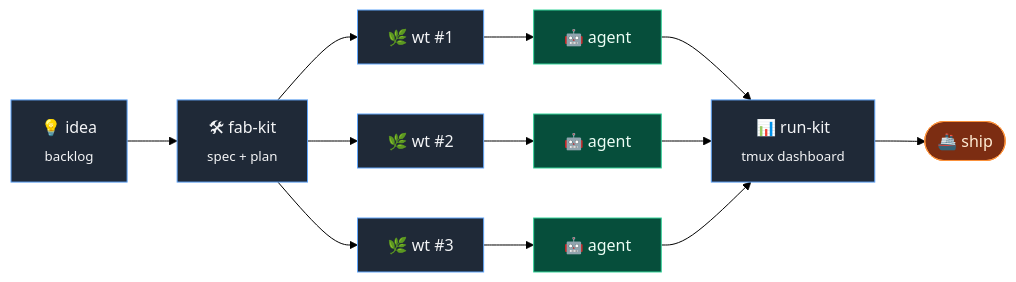
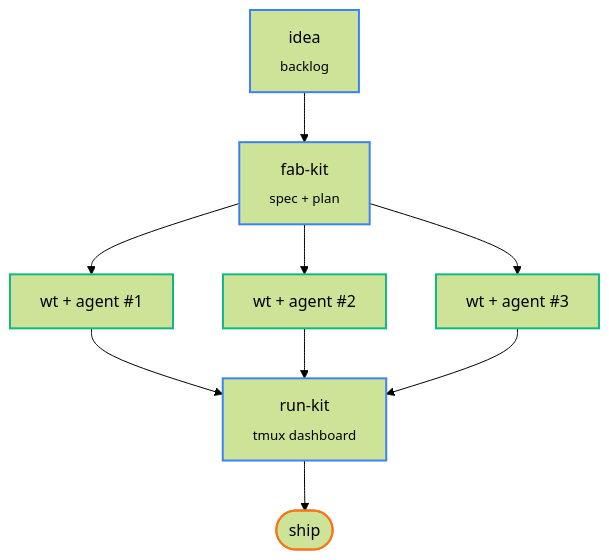
One commit to sahil87/sahil87 changed the first of 2 diagrams in README.md. Above: the diagram before and after it, drawn with Mermaid (forest theme). The commit also changed other lines of this file, not shown here.

Commit message:
docs: optimize mermaid diagrams for mobile
- Switch from LR to TB layout so the diagram stacks vertically on
  narrow widths instead of being crushed into the column
- Collapse wt + agent pairs into single nodes (halves node count)
- Drop emojis (don't render in github's mermaid) and dark fills
  (fight github's adaptive theming) — use colored borders instead

````diff
--- a/README.md
+++ b/README.md
@@ -29,21 +29,18 @@
 ```mermaid
-flowchart LR
-    idea["💡 idea<br/><sub>backlog</sub>"] --> fab["🛠 fab-kit<br/><sub>spec + plan</sub>"]
-    fab --> wt1["🌿 wt #1"]
-    fab --> wt2["🌿 wt #2"]
-    fab --> wt3["🌿 wt #3"]
-    wt1 --> a1["🤖 agent"]
-    wt2 --> a2["🤖 agent"]
-    wt3 --> a3["🤖 agent"]
-    a1 --> rk["📊 run-kit<br/><sub>tmux dashboard</sub>"]
-    a2 --> rk
-    a3 --> rk
-    rk --> ship(["🚢 ship"])
+flowchart TB
+    idea["idea<br/><sub>backlog</sub>"] --> fab["fab-kit<br/><sub>spec + plan</sub>"]
+    fab --> w1["wt + agent #1"]
+    fab --> w2["wt + agent #2"]
+    fab --> w3["wt + agent #3"]
+    w1 --> rk["run-kit<br/><sub>tmux dashboard</sub>"]
+    w2 --> rk
+    w3 --> rk
+    rk --> ship(["ship"])
 
-    classDef tool fill:#1f2937,stroke:#60a5fa,color:#f3f4f6;
-    classDef agent fill:#064e3b,stroke:#34d399,color:#ecfdf5;
-    classDef ship fill:#7c2d12,stroke:#fb923c,color:#ffedd5;
-    class idea,fab,wt1,wt2,wt3,rk tool;
-    class a1,a2,a3 agent;
+    classDef tool stroke:#3b82f6,stroke-width:2px;
+    classDef agent stroke:#10b981,stroke-width:2px;
+    classDef ship stroke:#f97316,stroke-width:2px;
+    class idea,fab,rk tool;
+    class w1,w2,w3 agent;
     class ship ship;
 ```
````
